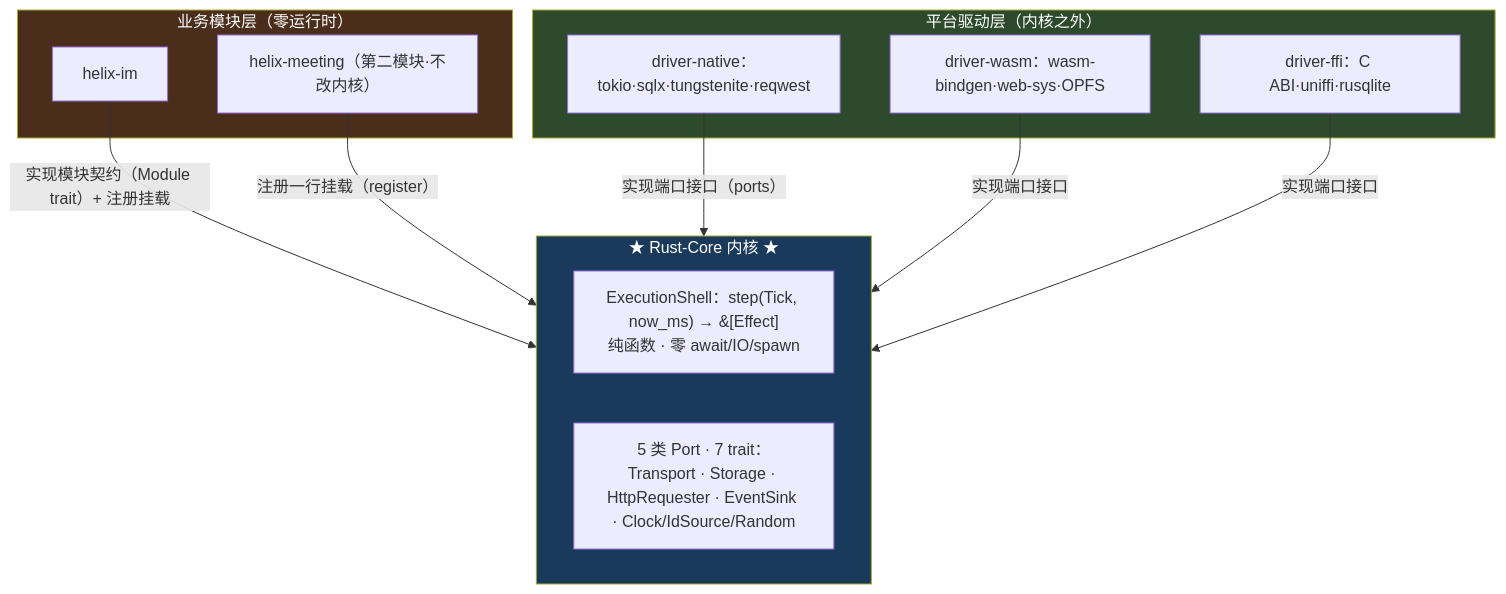
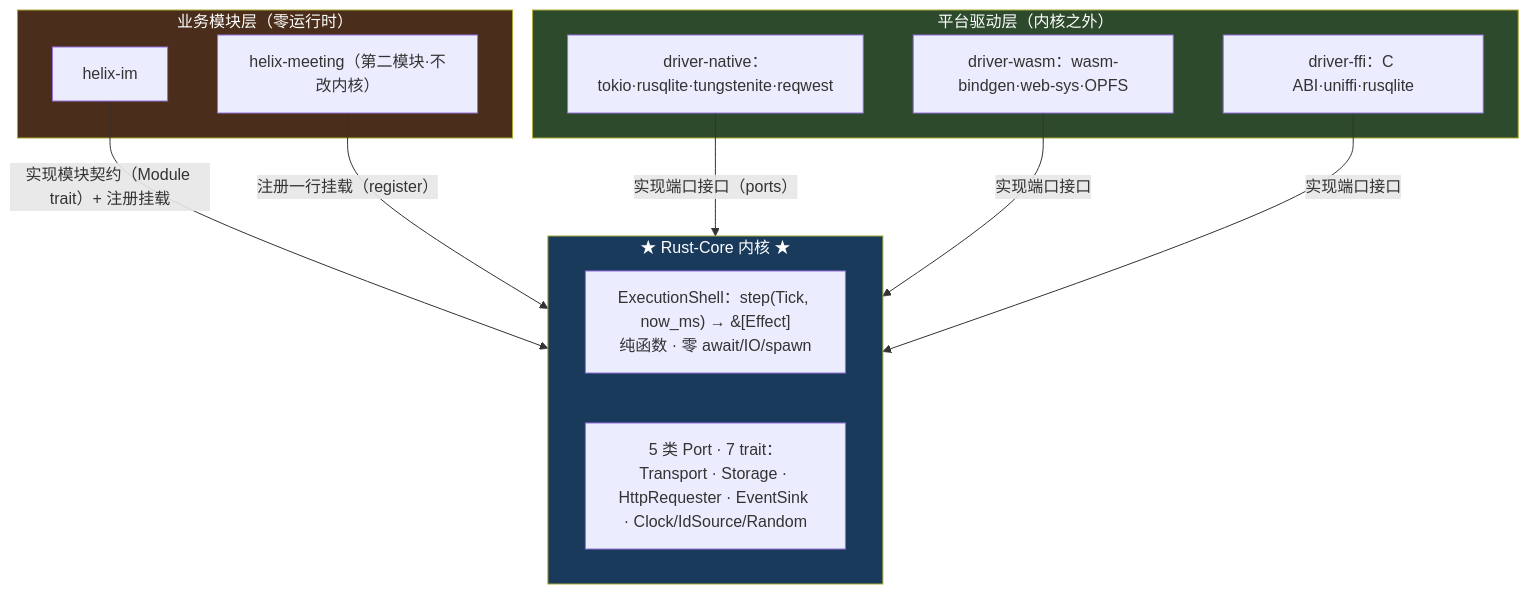
Before and after one commit to zxs1633079383/helix: the third of 27 diagrams in docs/过会方案/helix-core-im-架构设计.md, drawn with Mermaid. The commit also changed other lines of this file and 1 other file, not shown here.

First line of the commit message:
docs: 架构设计 sqlx→rusqlite-host 对齐(消 GOAL↔架构设计 矛盾) + ROADMAP 落遗留

````diff
--- a/docs/过会方案/helix-core-im-架构设计.md
+++ b/docs/过会方案/helix-core-im-架构设计.md
@@ -196,24 +196,24 @@
 ```mermaid
 flowchart TB
     subgraph L1["业务模块层（零运行时）"]
         IM["helix-im"]
         PR["helix-meeting（第二模块·不改内核）"]
     end
     subgraph L2["★ Rust-Core 内核 ★"]
         SHELL["ExecutionShell：step(Tick, now_ms) → &[Effect]<br/>纯函数 · 零 await/IO/spawn"]
         PORTS["5 类 Port · 7 trait：Transport · Storage · HttpRequester · EventSink · Clock/IdSource/Random"]
     end
     subgraph L3["平台驱动层（内核之外）"]
-        DN["driver-native：tokio·sqlx·tungstenite·reqwest"]
+        DN["driver-native：tokio·rusqlite·tungstenite·reqwest"]
         DW["driver-wasm：wasm-bindgen·web-sys·OPFS"]
         DF["driver-ffi：C ABI·uniffi·rusqlite"]
     end
     IM -->|"实现模块契约（Module trait）+ 注册挂载"| L2
     PR -->|"注册一行挂载（register）"| L2
     DN -->|"实现端口接口（ports）"| L2
     DW -->|"实现端口接口"| L2
     DF -->|"实现端口接口"| L2
     style L2 fill:#1a3a5c,color:#fff
     style L1 fill:#4a2d1a,color:#fff
     style L3 fill:#2d4a2d,color:#fff
 ```
````
